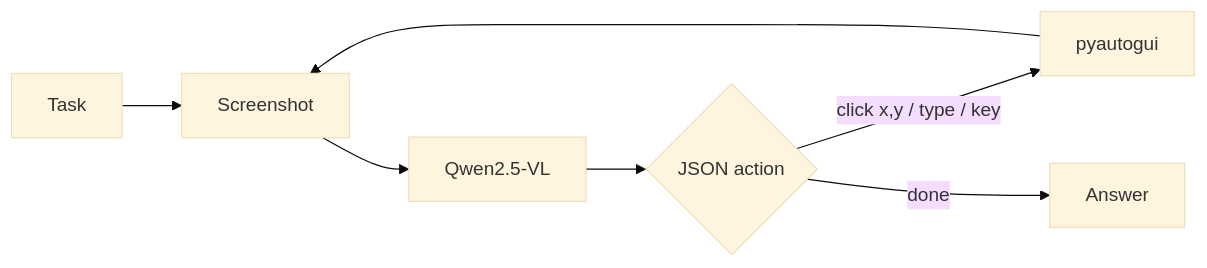
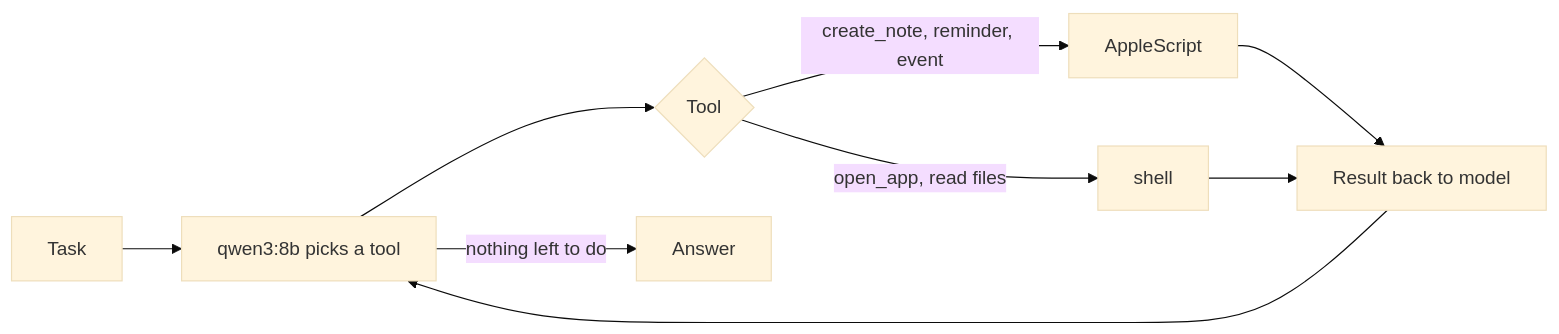
The diagram in README.md (hussainn7/mcp-vision), drawn with Mermaid (base theme) before and after one commit. The commit also changed other lines of this file and 5 other files, not shown here.

````diff
--- a/README.md
+++ b/README.md
@@ -7,9 +12,11 @@
 ```mermaid
 graph LR
-    A[Task] --> B[Screenshot]
-    B --> C[Qwen2.5-VL]
-    C --> D{JSON action}
-    D -->|click x,y / type / key| E[pyautogui]
-    E --> B
-    D -->|done| F[Answer]
+    A[Task] --> B[qwen3:8b picks a tool]
+    B --> C{Tool}
+    C -->|create_note, reminder, event| D[AppleScript]
+    C -->|open_app, read files| E[shell]
+    D --> F[Result back to model]
+    E --> F
+    F --> B
+    B -->|nothing left to do| G[Answer]
 ```
````
